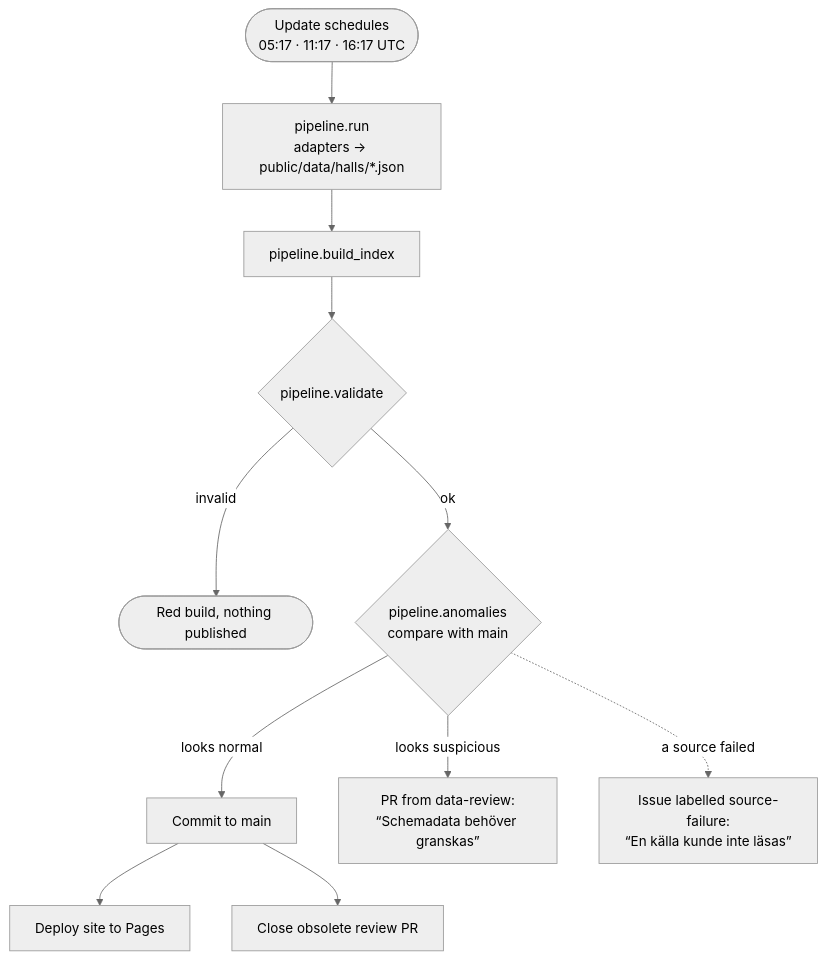
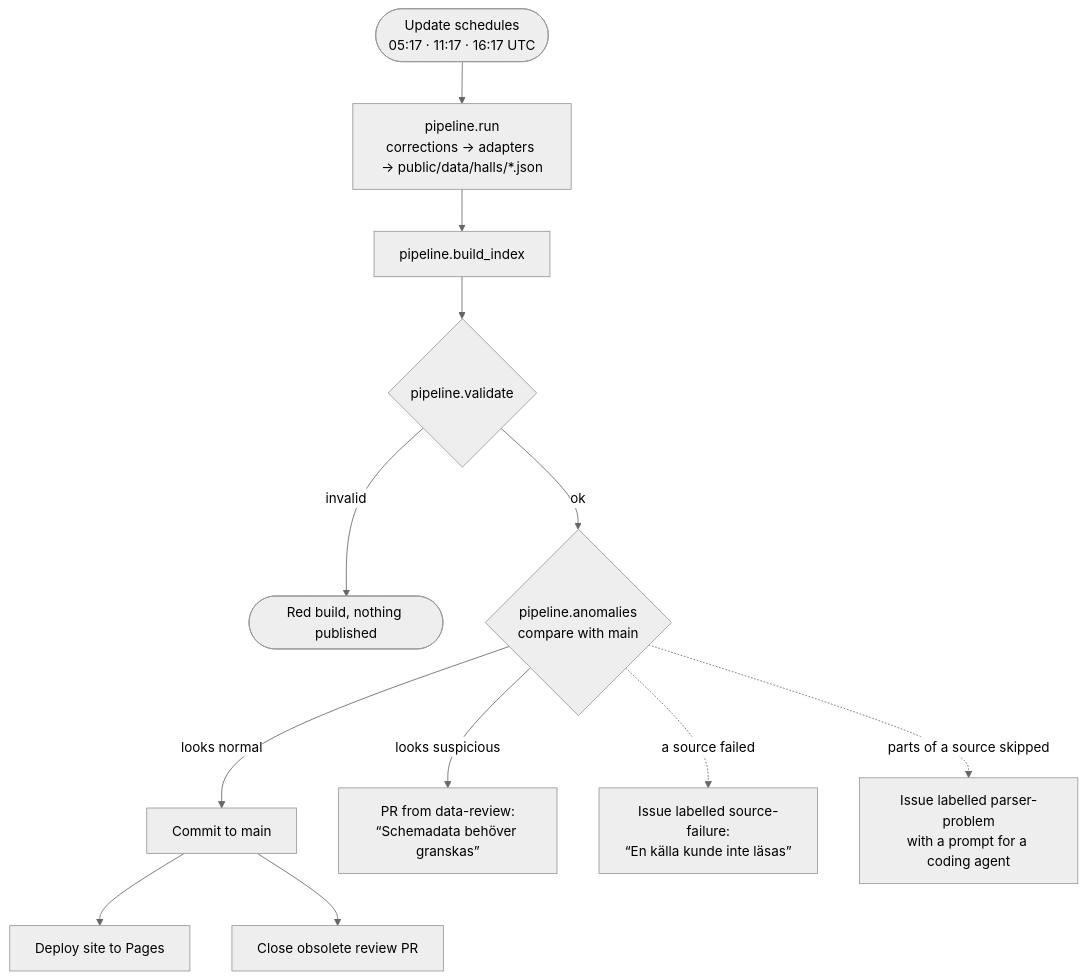
Before and after one commit to vlinder/ice-ice-baby: the first of 2 diagrams in README.md, drawn with Mermaid (neutral theme). The commit also changed other lines of this file and 18 other files, not shown here.

````diff
--- a/README.md
+++ b/README.md
@@ -34,13 +34,14 @@
 ```mermaid
 flowchart TD
-    cron(["Update schedules<br/>05:17 · 11:17 · 16:17 UTC"]) --> run["pipeline.run<br/>adapters → public/data/halls/*.json"]
+    cron(["Update schedules<br/>05:17 · 11:17 · 16:17 UTC"]) --> run["pipeline.run<br/>corrections → adapters → public/data/halls/*.json"]
     run --> index[pipeline.build_index]
     index --> validate{pipeline.validate}
     validate -- invalid --> red([Red build, nothing published])
     validate -- ok --> anomalies{"pipeline.anomalies<br/>compare with main"}
     anomalies -- looks normal --> publish[Commit to main]
     publish --> deploy[Deploy site to Pages]
     publish --> close[Close obsolete review PR]
     anomalies -- looks suspicious --> pr["PR from data-review:<br/>“Schemadata behöver granskas”"]
     anomalies -. a source failed .-> issue["Issue labelled source-failure:<br/>“En källa kunde inte läsas”"]
+    anomalies -. parts of a source skipped .-> pissue["Issue labelled parser-problem<br/>with a prompt for a coding agent"]
 ```
````
